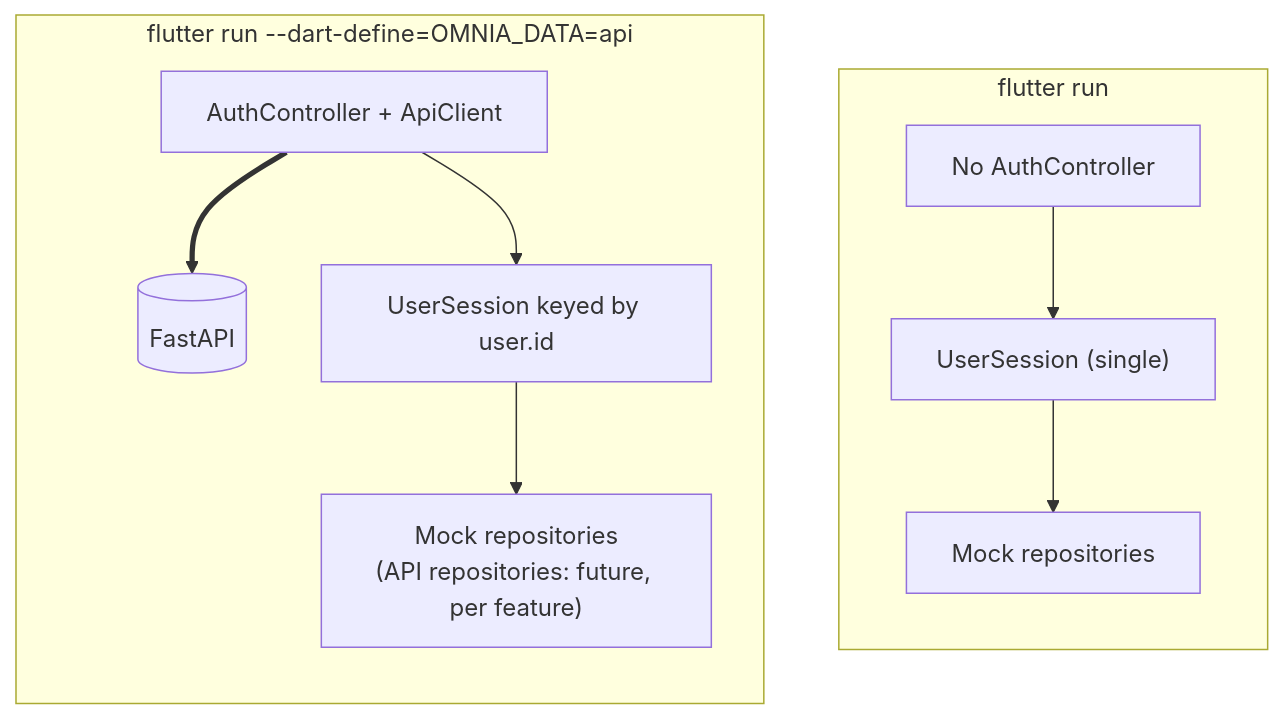
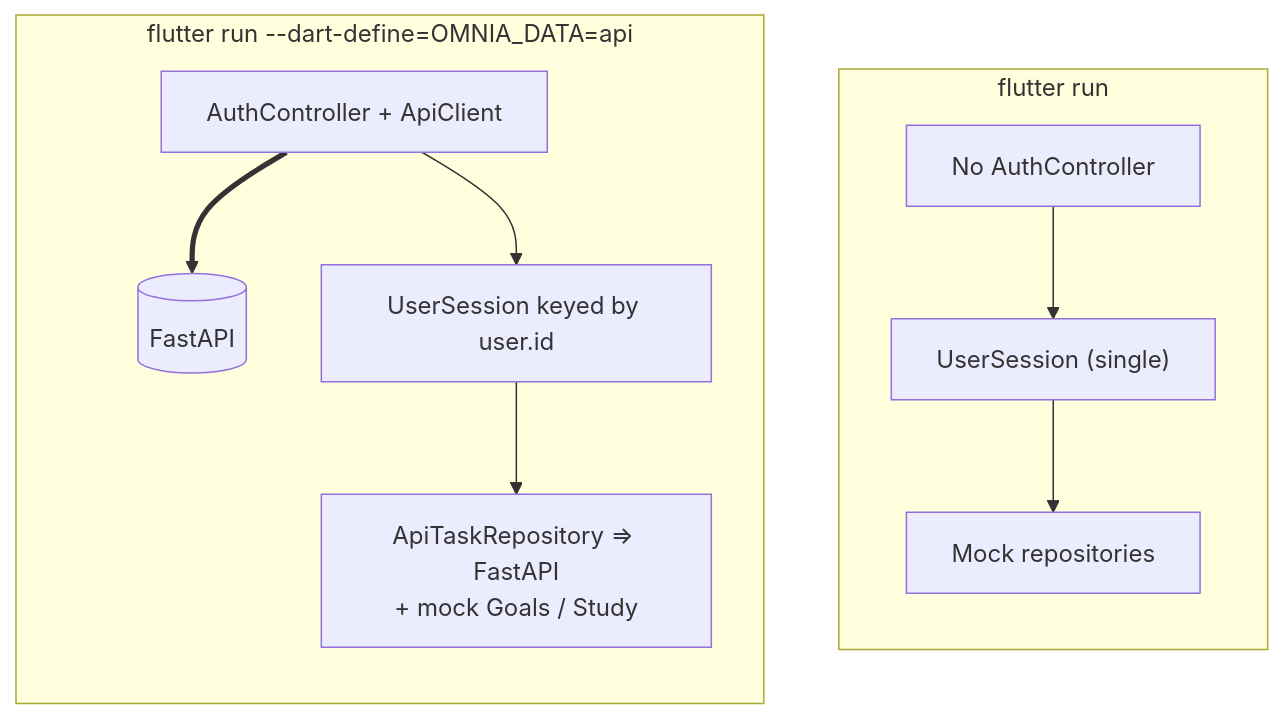
The diagram in docs/omnia-vault/Architecture/Mock vs API Mode.md (Gaoher-1207/omnia), drawn with Mermaid before and after one commit. The commit also changed other lines of this file and 25 other files, not shown here.

````diff
--- a/docs/omnia-vault/Architecture/Mock vs API Mode.md
+++ b/docs/omnia-vault/Architecture/Mock vs API Mode.md
@@ -28,12 +29,12 @@
 ```mermaid
 flowchart TB
     subgraph Mock["flutter run"]
         direction TB
         m1["No AuthController"] --> m2["UserSession (single)"] --> m3["Mock repositories"]
     end
     subgraph Api["flutter run --dart-define=OMNIA_DATA=api"]
         direction TB
         a1["AuthController + ApiClient"] ==> a0[("FastAPI")]
-        a1 --> a2["UserSession keyed by user.id"] --> a3["Mock repositories<br/>(API repositories: future, per feature)"]
+        a1 --> a2["UserSession keyed by user.id"] --> a3["ApiTaskRepository ⇒ FastAPI<br/>+ mock Goals / Study"]
     end
 ```
````
